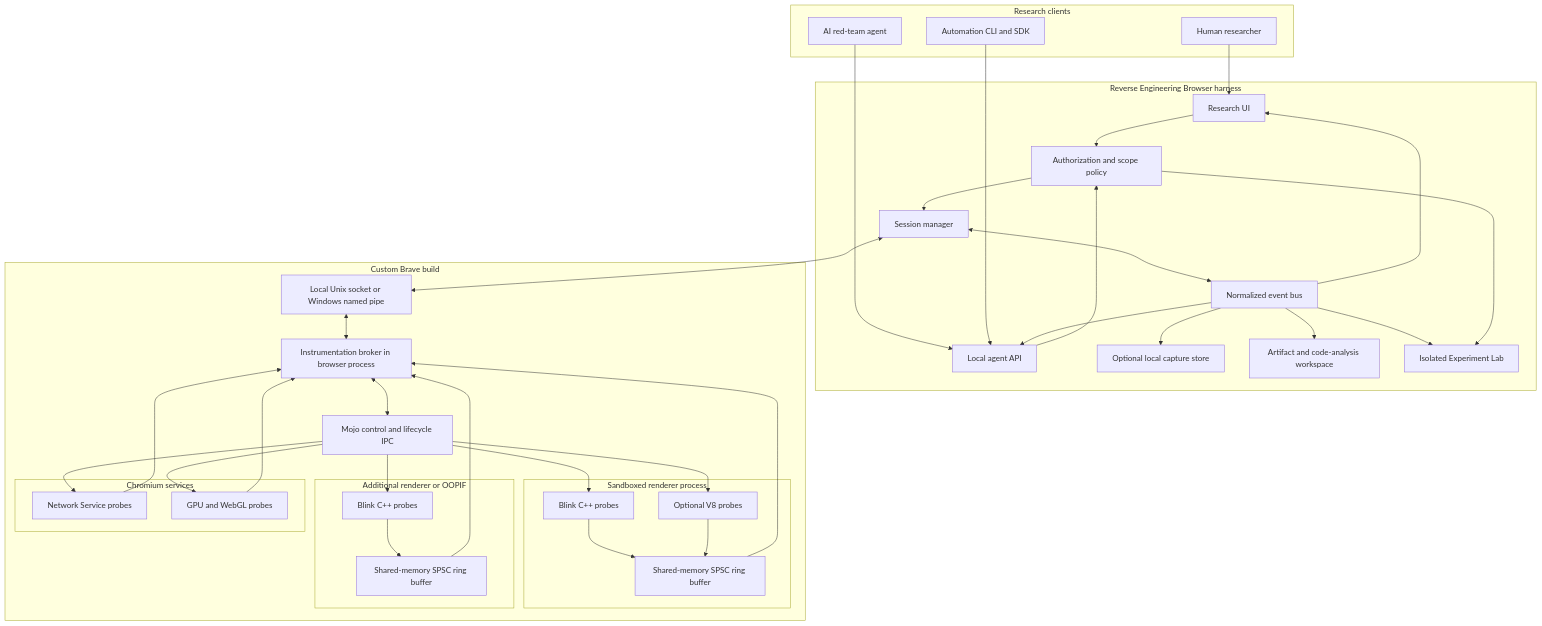
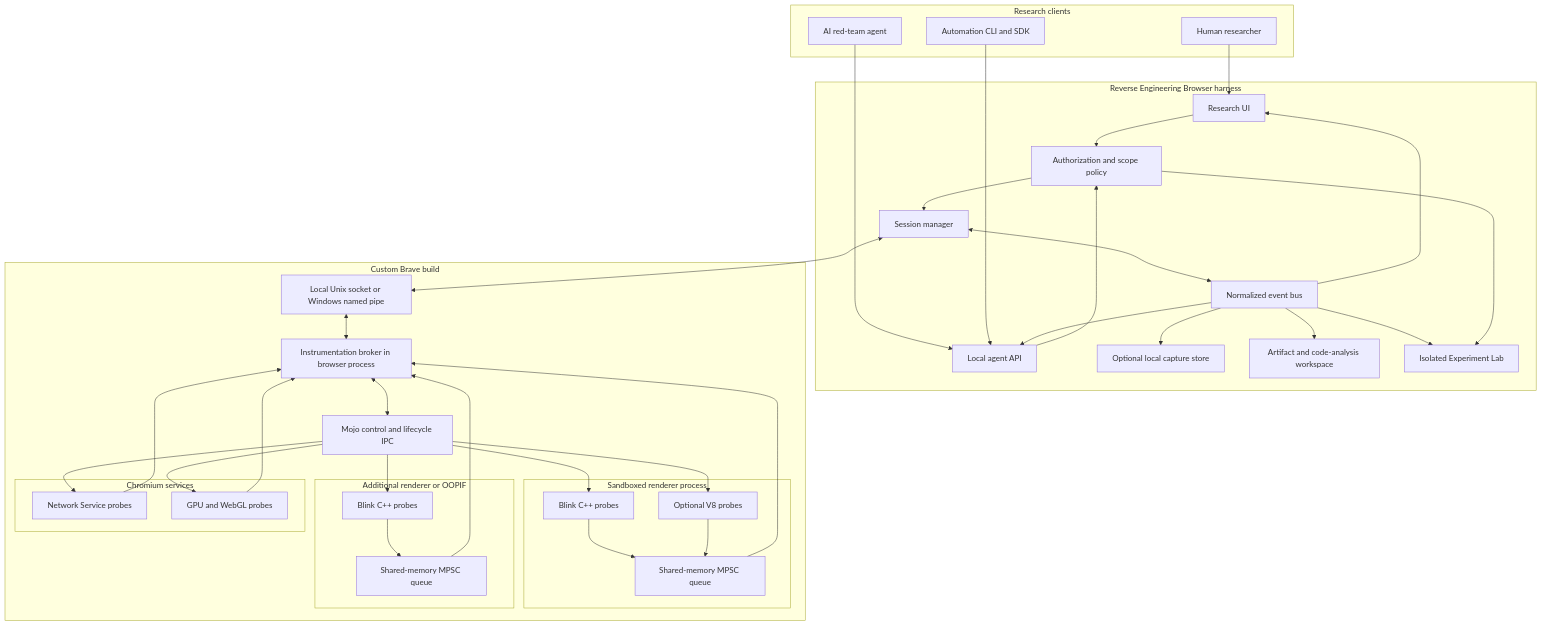
The first of 6 diagrams in docs/architecture/technical-architecture.md (sunghoojung/reverse-engineering-browser), drawn with Mermaid before and after one commit. The commit also changed other lines of this file and 35 other files, not shown here.

````diff
--- a/docs/architecture/technical-architecture.md
+++ b/docs/architecture/technical-architecture.md
@@ -19,74 +19,74 @@
 ```mermaid
 flowchart TB
     subgraph Clients["Research clients"]
         Human["Human researcher"]
         Agent["AI red-team agent"]
         CLI["Automation CLI and SDK"]
     end
 
     subgraph Harness["Reverse Engineering Browser harness"]
         API["Local agent API"]
         Policy["Authorization and scope policy"]
         Session["Session manager"]
         UI["Research UI"]
         EventBus["Normalized event bus"]
         Store["Optional local capture store"]
         Artifacts["Artifact and code-analysis workspace"]
         Lab["Isolated Experiment Lab"]
     end
 
     subgraph Brave["Custom Brave build"]
         Broker["Instrumentation broker in browser process"]
         Socket["Local Unix socket or Windows named pipe"]
 
         subgraph RendererA["Sandboxed renderer process"]
             BlinkA["Blink C++ probes"]
             V8A["Optional V8 probes"]
-            RingA["Shared-memory SPSC ring buffer"]
+            RingA["Shared-memory MPSC queue"]
         end
 
         subgraph RendererB["Additional renderer or OOPIF"]
             BlinkB["Blink C++ probes"]
-            RingB["Shared-memory SPSC ring buffer"]
+            RingB["Shared-memory MPSC queue"]
         end
 
         subgraph Services["Chromium services"]
             Network["Network Service probes"]
             GPU["GPU and WebGL probes"]
         end
 
         Mojo["Mojo control and lifecycle IPC"]
     end
 
     Human --> UI
     Agent --> API
     CLI --> API
     API --> Policy
     UI --> Policy
     Policy --> Session
     Session <--> EventBus
     EventBus --> UI
     EventBus --> API
     EventBus --> Store
     EventBus --> Artifacts
     EventBus --> Lab
     Policy --> Lab
 
     Session <--> Socket
     Socket <--> Broker
     Broker <--> Mojo
 
     Mojo --> BlinkA
     Mojo --> V8A
     Mojo --> BlinkB
     Mojo --> Network
     Mojo --> GPU
 
     BlinkA --> RingA
     V8A --> RingA
     BlinkB --> RingB
     RingA --> Broker
     RingB --> Broker
     Network --> Broker
     GPU --> Broker
 ```
````
